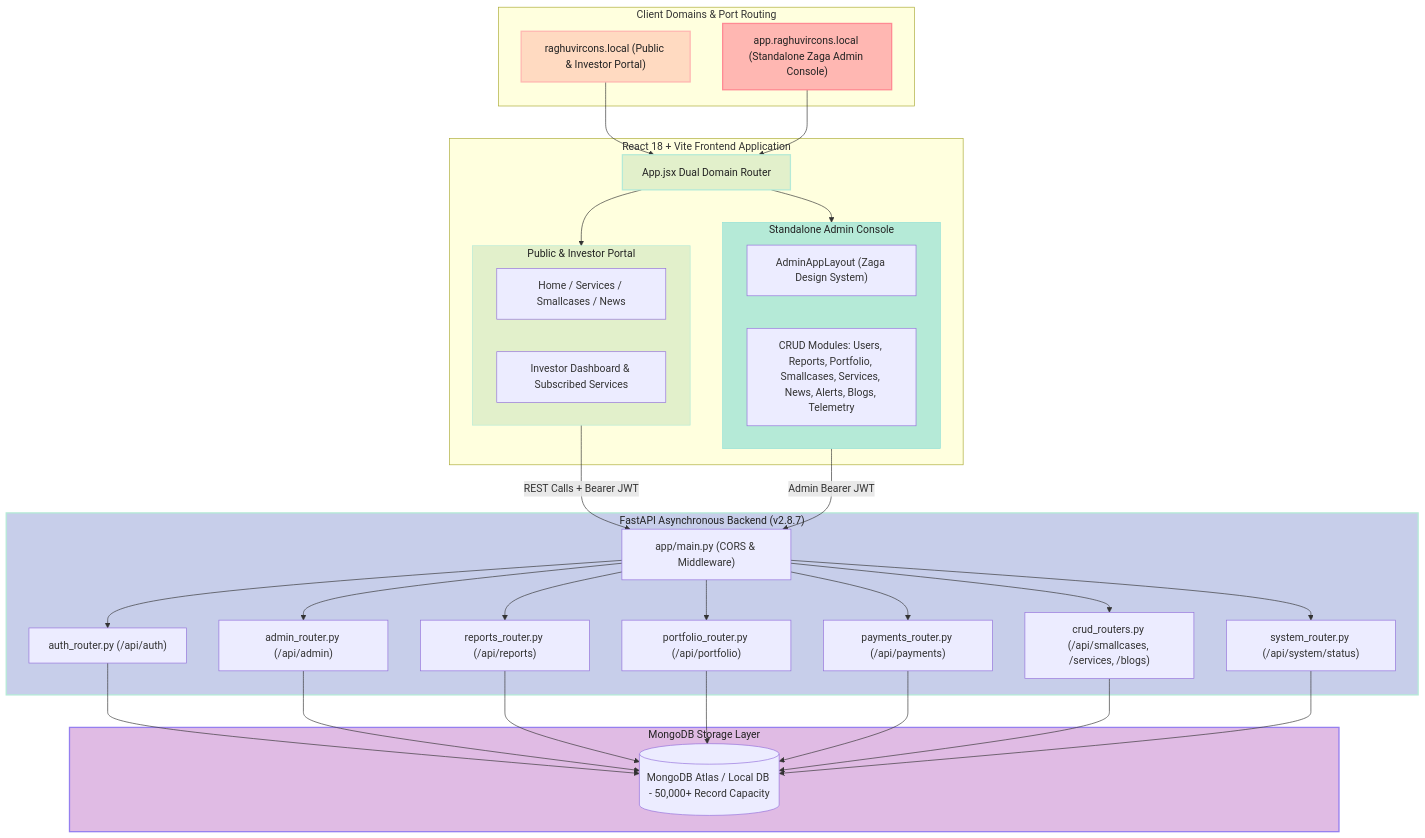
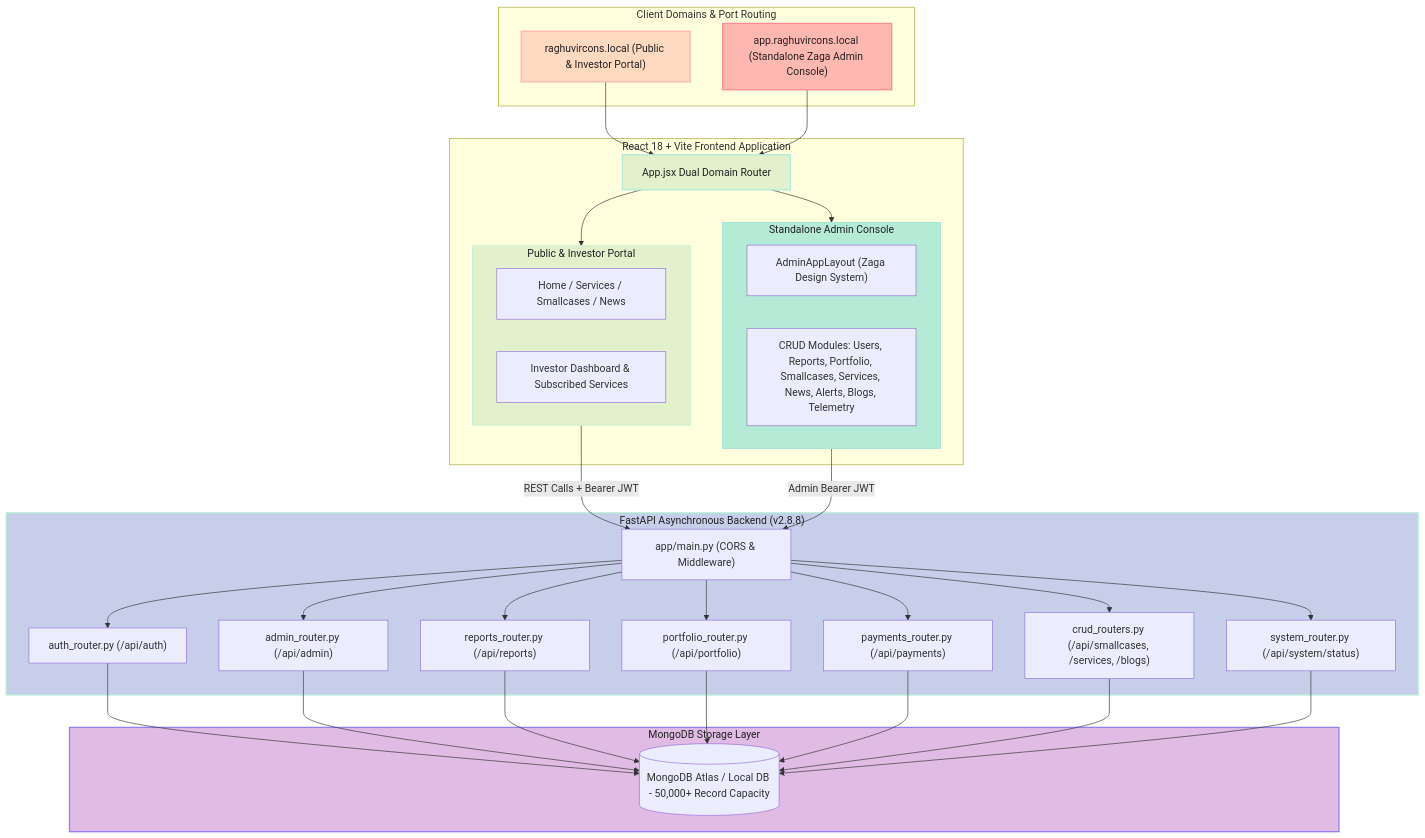
Before and after one commit to tejasrsuthar/investment-strategy-all-weather: the first of 2 diagrams in backend/docs/ARCHITECTURE.md, drawn with Mermaid. The commit also changed other lines of this file and 7 other files, not shown here.

````diff
--- a/backend/docs/ARCHITECTURE.md
+++ b/backend/docs/ARCHITECTURE.md
@@ -14,70 +14,70 @@
 ```mermaid
 graph TD
     subgraph ClientDomains["Client Domains & Port Routing"]
         PublicDomain["raghuvircons.local (Public & Investor Portal)"]
         AdminDomain["app.raghuvircons.local (Standalone Zaga Admin Console)"]
     end
 
     subgraph ReactFrontend["React 18 + Vite Frontend Application"]
         AppRouter["App.jsx Dual Domain Router"]
         
         subgraph PublicPortal["Public & Investor Portal"]
           PublicViews["Home / Services / Smallcases / News"]
           InvestorPortal["Investor Dashboard & Subscribed Services"]
         end
 
         subgraph ZagaAdmin["Standalone Admin Console"]
           AdminLayout["AdminAppLayout (Zaga Design System)"]
           AdminModules["CRUD Modules: Users, Reports, Portfolio, Smallcases, Services, News, Alerts, Blogs, Telemetry"]
         end
       end
 
-    subgraph FastAPIServer["FastAPI Asynchronous Backend (v2.8.7)"]
+    subgraph FastAPIServer["FastAPI Asynchronous Backend (v2.8.8)"]
         API["app/main.py (CORS & Middleware)"]
         AuthRouter["auth_router.py (/api/auth)"]
         AdminRouter["admin_router.py (/api/admin)"]
         ReportsRouter["reports_router.py (/api/reports)"]
         PortfolioRouter["portfolio_router.py (/api/portfolio)"]
         PaymentsRouter["payments_router.py (/api/payments)"]
         CRUDRouters["crud_routers.py (/api/smallcases, /services, /blogs)"]
         SystemRouter["system_router.py (/api/system/status)"]
     end
 
     subgraph DataStore["MongoDB Storage Layer"]
         MongoDB[(MongoDB Atlas / Local DB - 50,000+ Record Capacity)]
     end
 
     PublicDomain --> AppRouter
     AdminDomain --> AppRouter
 
     AppRouter --> PublicPortal
     AppRouter --> ZagaAdmin
 
     PublicPortal -->|REST Calls + Bearer JWT| API
     ZagaAdmin -->|Admin Bearer JWT| API
 
     API --> AuthRouter
     API --> AdminRouter
     API --> ReportsRouter
     API --> PortfolioRouter
     API --> PaymentsRouter
     API --> CRUDRouters
     API --> SystemRouter
 
     AuthRouter --> MongoDB
     AdminRouter --> MongoDB
     ReportsRouter --> MongoDB
     PortfolioRouter --> MongoDB
     PaymentsRouter --> MongoDB
     CRUDRouters --> MongoDB
     SystemRouter --> MongoDB
 
     %% Pastel Color Palette Styling
     style PublicDomain fill:#FFDAC1,stroke:#FFB7B2,stroke-width:2px,color:#222;
     style AdminDomain fill:#FFB7B2,stroke:#FF8B94,stroke-width:2px,color:#222;
     style AppRouter fill:#E2F0CB,stroke:#B5EAD7,stroke-width:2px,color:#222;
     style PublicPortal fill:#E2F0CB,stroke:#B5EAD7,stroke-width:1px,color:#222;
     style ZagaAdmin fill:#B5EAD7,stroke:#93E1D8,stroke-width:1px,color:#222;
     style FastAPIServer fill:#C7CEEA,stroke:#B5EAD7,stroke-width:2px,color:#222;
     style DataStore fill:#E0BBE4,stroke:#957FEF,stroke-width:2px,color:#222;
 ```
````
